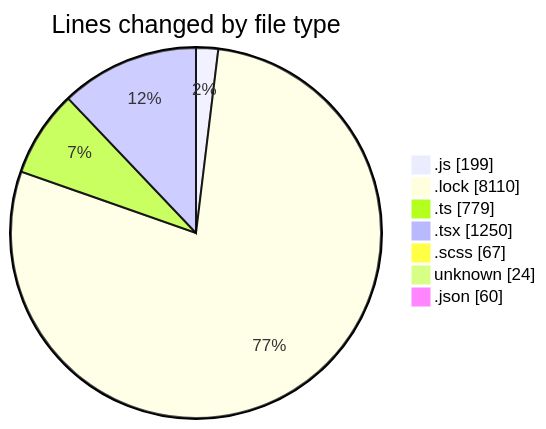
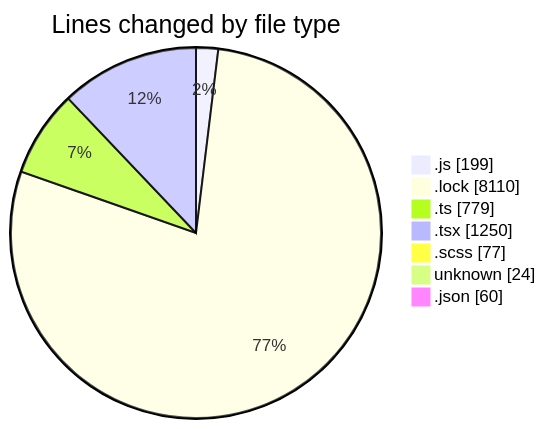
One commit to momahboobian/code-tracking changed the first of 2 diagrams in 2025-02-07/cda/README.md. Above: the diagram before and after it, drawn with Mermaid. The commit also changed other lines of this file and 1 other file, not shown here.

````diff
--- a/2025-02-07/cda/README.md
+++ b/2025-02-07/cda/README.md
@@ -58,11 +58,11 @@
 ```mermaid
 pie showData
 title Lines changed by file type
 ".js" : 199
 ".lock" : 8110
 ".ts" : 779
 ".tsx" : 1250
-".scss" : 67
+".scss" : 77
 "unknown" : 24
 ".json" : 60
 ```
````
